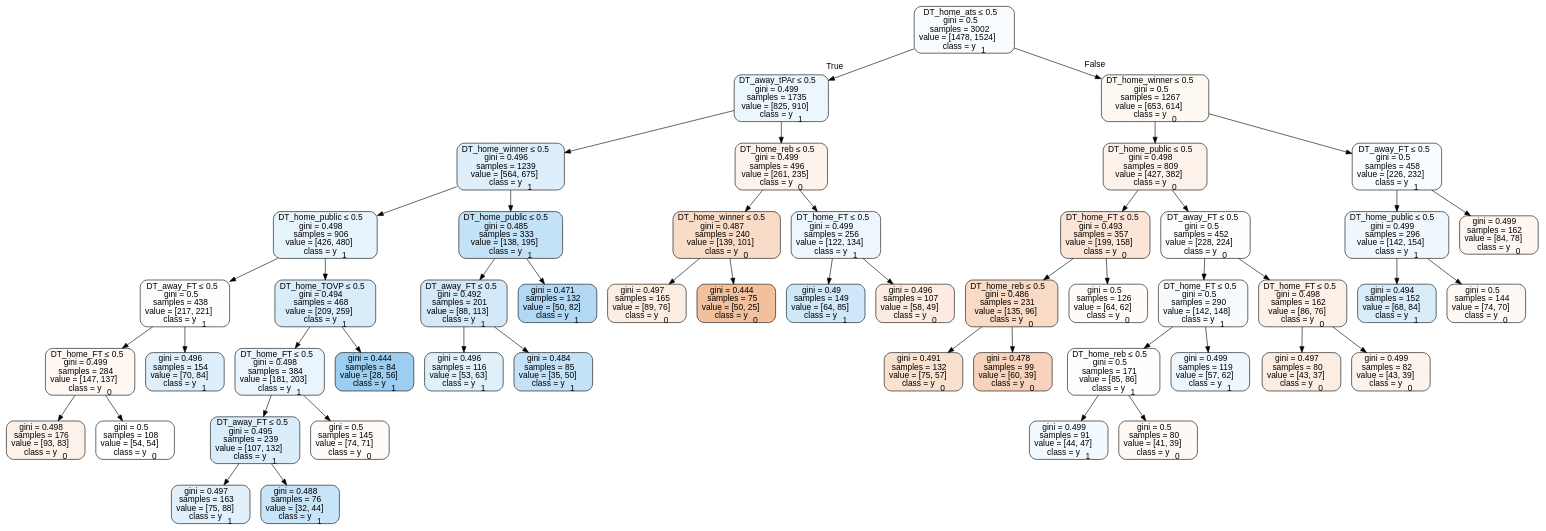
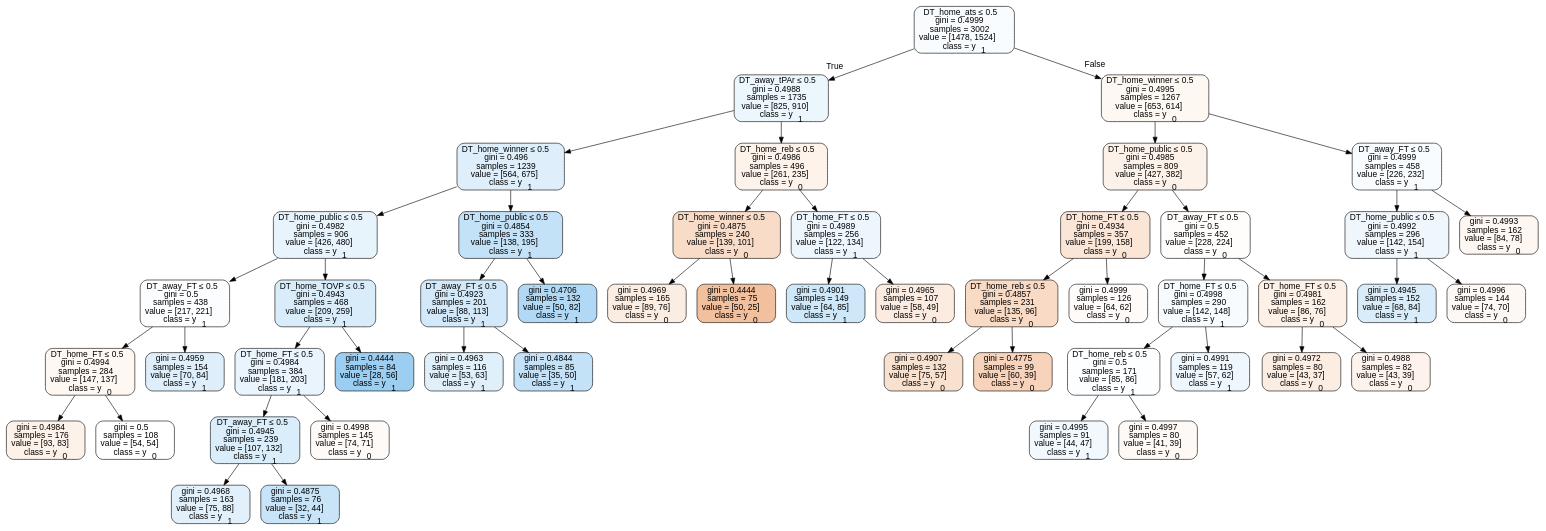
One commit to usbogie/ncaa-bets changed the diagram in Basketball/data/trees/treeneutral.dot. Above: the diagram before and after it, drawn with Graphviz. The commit also changed 54 other files, not shown here.

```diff
--- a/Basketball/data/trees/treeneutral.dot
+++ b/Basketball/data/trees/treeneutral.dot
@@ -1,101 +1,101 @@
 digraph Tree {
 node [shape=box, style="filled, rounded", color="black", fontname=helvetica] ;
 edge [fontname=helvetica] ;
-0 [label=<DT_home_ats &le; 0.5<br/>gini = 0.5<br/>samples = 3002<br/>value = [1478, 1524]<br/>class = y<SUB>1</SUB>>, fillcolor="#399de508"] ;
-1 [label=<DT_away_tPAr &le; 0.5<br/>gini = 0.499<br/>samples = 1735<br/>value = [825, 910]<br/>class = y<SUB>1</SUB>>, fillcolor="#399de518"] ;
+0 [label=<DT_home_ats &le; 0.5<br/>gini = 0.4999<br/>samples = 3002<br/>value = [1478, 1524]<br/>class = y<SUB>1</SUB>>, fillcolor="#399de508"] ;
+1 [label=<DT_away_tPAr &le; 0.5<br/>gini = 0.4988<br/>samples = 1735<br/>value = [825, 910]<br/>class = y<SUB>1</SUB>>, fillcolor="#399de518"] ;
 0 -> 1 [labeldistance=2.5, labelangle=45, headlabel="True"] ;
 2 [label=<DT_home_winner &le; 0.5<br/>gini = 0.496<br/>samples = 1239<br/>value = [564, 675]<br/>class = y<SUB>1</SUB>>, fillcolor="#399de52a"] ;
 1 -> 2 ;
-3 [label=<DT_home_public &le; 0.5<br/>gini = 0.498<br/>samples = 906<br/>value = [426, 480]<br/>class = y<SUB>1</SUB>>, fillcolor="#399de51d"] ;
+3 [label=<DT_home_public &le; 0.5<br/>gini = 0.4982<br/>samples = 906<br/>value = [426, 480]<br/>class = y<SUB>1</SUB>>, fillcolor="#399de51d"] ;
 2 -> 3 ;
 4 [label=<DT_away_FT &le; 0.5<br/>gini = 0.5<br/>samples = 438<br/>value = [217, 221]<br/>class = y<SUB>1</SUB>>, fillcolor="#399de505"] ;
 3 -> 4 ;
-5 [label=<DT_home_FT &le; 0.5<br/>gini = 0.499<br/>samples = 284<br/>value = [147, 137]<br/>class = y<SUB>0</SUB>>, fillcolor="#e5813911"] ;
+5 [label=<DT_home_FT &le; 0.5<br/>gini = 0.4994<br/>samples = 284<br/>value = [147, 137]<br/>class = y<SUB>0</SUB>>, fillcolor="#e5813911"] ;
 4 -> 5 ;
-6 [label=<gini = 0.498<br/>samples = 176<br/>value = [93, 83]<br/>class = y<SUB>0</SUB>>, fillcolor="#e581391b"] ;
+6 [label=<gini = 0.4984<br/>samples = 176<br/>value = [93, 83]<br/>class = y<SUB>0</SUB>>, fillcolor="#e581391b"] ;
 5 -> 6 ;
 7 [label=<gini = 0.5<br/>samples = 108<br/>value = [54, 54]<br/>class = y<SUB>0</SUB>>, fillcolor="#e5813900"] ;
 5 -> 7 ;
-8 [label=<gini = 0.496<br/>samples = 154<br/>value = [70, 84]<br/>class = y<SUB>1</SUB>>, fillcolor="#399de52a"] ;
+8 [label=<gini = 0.4959<br/>samples = 154<br/>value = [70, 84]<br/>class = y<SUB>1</SUB>>, fillcolor="#399de52a"] ;
 4 -> 8 ;
-9 [label=<DT_home_TOVP &le; 0.5<br/>gini = 0.494<br/>samples = 468<br/>value = [209, 259]<br/>class = y<SUB>1</SUB>>, fillcolor="#399de531"] ;
+9 [label=<DT_home_TOVP &le; 0.5<br/>gini = 0.4943<br/>samples = 468<br/>value = [209, 259]<br/>class = y<SUB>1</SUB>>, fillcolor="#399de531"] ;
 3 -> 9 ;
-10 [label=<DT_home_FT &le; 0.5<br/>gini = 0.498<br/>samples = 384<br/>value = [181, 203]<br/>class = y<SUB>1</SUB>>, fillcolor="#399de51c"] ;
+10 [label=<DT_home_FT &le; 0.5<br/>gini = 0.4984<br/>samples = 384<br/>value = [181, 203]<br/>class = y<SUB>1</SUB>>, fillcolor="#399de51c"] ;
 9 -> 10 ;
-11 [label=<DT_away_FT &le; 0.5<br/>gini = 0.495<br/>samples = 239<br/>value = [107, 132]<br/>class = y<SUB>1</SUB>>, fillcolor="#399de530"] ;
+11 [label=<DT_away_FT &le; 0.5<br/>gini = 0.4945<br/>samples = 239<br/>value = [107, 132]<br/>class = y<SUB>1</SUB>>, fillcolor="#399de530"] ;
 10 -> 11 ;
-12 [label=<gini = 0.497<br/>samples = 163<br/>value = [75, 88]<br/>class = y<SUB>1</SUB>>, fillcolor="#399de526"] ;
+12 [label=<gini = 0.4968<br/>samples = 163<br/>value = [75, 88]<br/>class = y<SUB>1</SUB>>, fillcolor="#399de526"] ;
 11 -> 12 ;
-13 [label=<gini = 0.488<br/>samples = 76<br/>value = [32, 44]<br/>class = y<SUB>1</SUB>>, fillcolor="#399de546"] ;
+13 [label=<gini = 0.4875<br/>samples = 76<br/>value = [32, 44]<br/>class = y<SUB>1</SUB>>, fillcolor="#399de546"] ;
 11 -> 13 ;
-14 [label=<gini = 0.5<br/>samples = 145<br/>value = [74, 71]<br/>class = y<SUB>0</SUB>>, fillcolor="#e581390a"] ;
+14 [label=<gini = 0.4998<br/>samples = 145<br/>value = [74, 71]<br/>class = y<SUB>0</SUB>>, fillcolor="#e581390a"] ;
 10 -> 14 ;
-15 [label=<gini = 0.444<br/>samples = 84<br/>value = [28, 56]<br/>class = y<SUB>1</SUB>>, fillcolor="#399de57f"] ;
+15 [label=<gini = 0.4444<br/>samples = 84<br/>value = [28, 56]<br/>class = y<SUB>1</SUB>>, fillcolor="#399de57f"] ;
 9 -> 15 ;
-16 [label=<DT_home_public &le; 0.5<br/>gini = 0.485<br/>samples = 333<br/>value = [138, 195]<br/>class = y<SUB>1</SUB>>, fillcolor="#399de54b"] ;
+16 [label=<DT_home_public &le; 0.5<br/>gini = 0.4854<br/>samples = 333<br/>value = [138, 195]<br/>class = y<SUB>1</SUB>>, fillcolor="#399de54b"] ;
 2 -> 16 ;
-17 [label=<DT_away_FT &le; 0.5<br/>gini = 0.492<br/>samples = 201<br/>value = [88, 113]<br/>class = y<SUB>1</SUB>>, fillcolor="#399de538"] ;
+17 [label=<DT_away_FT &le; 0.5<br/>gini = 0.4923<br/>samples = 201<br/>value = [88, 113]<br/>class = y<SUB>1</SUB>>, fillcolor="#399de538"] ;
 16 -> 17 ;
-18 [label=<gini = 0.496<br/>samples = 116<br/>value = [53, 63]<br/>class = y<SUB>1</SUB>>, fillcolor="#399de528"] ;
+18 [label=<gini = 0.4963<br/>samples = 116<br/>value = [53, 63]<br/>class = y<SUB>1</SUB>>, fillcolor="#399de528"] ;
 17 -> 18 ;
-19 [label=<gini = 0.484<br/>samples = 85<br/>value = [35, 50]<br/>class = y<SUB>1</SUB>>, fillcolor="#399de54d"] ;
+19 [label=<gini = 0.4844<br/>samples = 85<br/>value = [35, 50]<br/>class = y<SUB>1</SUB>>, fillcolor="#399de54d"] ;
 17 -> 19 ;
-20 [label=<gini = 0.471<br/>samples = 132<br/>value = [50, 82]<br/>class = y<SUB>1</SUB>>, fillcolor="#399de564"] ;
+20 [label=<gini = 0.4706<br/>samples = 132<br/>value = [50, 82]<br/>class = y<SUB>1</SUB>>, fillcolor="#399de564"] ;
 16 -> 20 ;
-21 [label=<DT_home_reb &le; 0.5<br/>gini = 0.499<br/>samples = 496<br/>value = [261, 235]<br/>class = y<SUB>0</SUB>>, fillcolor="#e5813919"] ;
+21 [label=<DT_home_reb &le; 0.5<br/>gini = 0.4986<br/>samples = 496<br/>value = [261, 235]<br/>class = y<SUB>0</SUB>>, fillcolor="#e5813919"] ;
 1 -> 21 ;
-22 [label=<DT_home_winner &le; 0.5<br/>gini = 0.487<br/>samples = 240<br/>value = [139, 101]<br/>class = y<SUB>0</SUB>>, fillcolor="#e5813946"] ;
+22 [label=<DT_home_winner &le; 0.5<br/>gini = 0.4875<br/>samples = 240<br/>value = [139, 101]<br/>class = y<SUB>0</SUB>>, fillcolor="#e5813946"] ;
 21 -> 22 ;
-23 [label=<gini = 0.497<br/>samples = 165<br/>value = [89, 76]<br/>class = y<SUB>0</SUB>>, fillcolor="#e5813925"] ;
+23 [label=<gini = 0.4969<br/>samples = 165<br/>value = [89, 76]<br/>class = y<SUB>0</SUB>>, fillcolor="#e5813925"] ;
 22 -> 23 ;
-24 [label=<gini = 0.444<br/>samples = 75<br/>value = [50, 25]<br/>class = y<SUB>0</SUB>>, fillcolor="#e581397f"] ;
+24 [label=<gini = 0.4444<br/>samples = 75<br/>value = [50, 25]<br/>class = y<SUB>0</SUB>>, fillcolor="#e581397f"] ;
 22 -> 24 ;
-25 [label=<DT_home_FT &le; 0.5<br/>gini = 0.499<br/>samples = 256<br/>value = [122, 134]<br/>class = y<SUB>1</SUB>>, fillcolor="#399de517"] ;
+25 [label=<DT_home_FT &le; 0.5<br/>gini = 0.4989<br/>samples = 256<br/>value = [122, 134]<br/>class = y<SUB>1</SUB>>, fillcolor="#399de517"] ;
 21 -> 25 ;
-26 [label=<gini = 0.49<br/>samples = 149<br/>value = [64, 85]<br/>class = y<SUB>1</SUB>>, fillcolor="#399de53f"] ;
+26 [label=<gini = 0.4901<br/>samples = 149<br/>value = [64, 85]<br/>class = y<SUB>1</SUB>>, fillcolor="#399de53f"] ;
 25 -> 26 ;
-27 [label=<gini = 0.496<br/>samples = 107<br/>value = [58, 49]<br/>class = y<SUB>0</SUB>>, fillcolor="#e5813928"] ;
+27 [label=<gini = 0.4965<br/>samples = 107<br/>value = [58, 49]<br/>class = y<SUB>0</SUB>>, fillcolor="#e5813928"] ;
 25 -> 27 ;
-28 [label=<DT_home_winner &le; 0.5<br/>gini = 0.5<br/>samples = 1267<br/>value = [653, 614]<br/>class = y<SUB>0</SUB>>, fillcolor="#e581390f"] ;
+28 [label=<DT_home_winner &le; 0.5<br/>gini = 0.4995<br/>samples = 1267<br/>value = [653, 614]<br/>class = y<SUB>0</SUB>>, fillcolor="#e581390f"] ;
 0 -> 28 [labeldistance=2.5, labelangle=-45, headlabel="False"] ;
-29 [label=<DT_home_public &le; 0.5<br/>gini = 0.498<br/>samples = 809<br/>value = [427, 382]<br/>class = y<SUB>0</SUB>>, fillcolor="#e581391b"] ;
+29 [label=<DT_home_public &le; 0.5<br/>gini = 0.4985<br/>samples = 809<br/>value = [427, 382]<br/>class = y<SUB>0</SUB>>, fillcolor="#e581391b"] ;
 28 -> 29 ;
-30 [label=<DT_home_FT &le; 0.5<br/>gini = 0.493<br/>samples = 357<br/>value = [199, 158]<br/>class = y<SUB>0</SUB>>, fillcolor="#e5813935"] ;
+30 [label=<DT_home_FT &le; 0.5<br/>gini = 0.4934<br/>samples = 357<br/>value = [199, 158]<br/>class = y<SUB>0</SUB>>, fillcolor="#e5813935"] ;
 29 -> 30 ;
-31 [label=<DT_home_reb &le; 0.5<br/>gini = 0.486<br/>samples = 231<br/>value = [135, 96]<br/>class = y<SUB>0</SUB>>, fillcolor="#e581394a"] ;
+31 [label=<DT_home_reb &le; 0.5<br/>gini = 0.4857<br/>samples = 231<br/>value = [135, 96]<br/>class = y<SUB>0</SUB>>, fillcolor="#e581394a"] ;
 30 -> 31 ;
-32 [label=<gini = 0.491<br/>samples = 132<br/>value = [75, 57]<br/>class = y<SUB>0</SUB>>, fillcolor="#e581393d"] ;
+32 [label=<gini = 0.4907<br/>samples = 132<br/>value = [75, 57]<br/>class = y<SUB>0</SUB>>, fillcolor="#e581393d"] ;
 31 -> 32 ;
-33 [label=<gini = 0.478<br/>samples = 99<br/>value = [60, 39]<br/>class = y<SUB>0</SUB>>, fillcolor="#e5813959"] ;
+33 [label=<gini = 0.4775<br/>samples = 99<br/>value = [60, 39]<br/>class = y<SUB>0</SUB>>, fillcolor="#e5813959"] ;
 31 -> 33 ;
-34 [label=<gini = 0.5<br/>samples = 126<br/>value = [64, 62]<br/>class = y<SUB>0</SUB>>, fillcolor="#e5813908"] ;
+34 [label=<gini = 0.4999<br/>samples = 126<br/>value = [64, 62]<br/>class = y<SUB>0</SUB>>, fillcolor="#e5813908"] ;
 30 -> 34 ;
 35 [label=<DT_away_FT &le; 0.5<br/>gini = 0.5<br/>samples = 452<br/>value = [228, 224]<br/>class = y<SUB>0</SUB>>, fillcolor="#e5813904"] ;
 29 -> 35 ;
-36 [label=<DT_home_FT &le; 0.5<br/>gini = 0.5<br/>samples = 290<br/>value = [142, 148]<br/>class = y<SUB>1</SUB>>, fillcolor="#399de50a"] ;
+36 [label=<DT_home_FT &le; 0.5<br/>gini = 0.4998<br/>samples = 290<br/>value = [142, 148]<br/>class = y<SUB>1</SUB>>, fillcolor="#399de50a"] ;
 35 -> 36 ;
 37 [label=<DT_home_reb &le; 0.5<br/>gini = 0.5<br/>samples = 171<br/>value = [85, 86]<br/>class = y<SUB>1</SUB>>, fillcolor="#399de503"] ;
 36 -> 37 ;
-38 [label=<gini = 0.499<br/>samples = 91<br/>value = [44, 47]<br/>class = y<SUB>1</SUB>>, fillcolor="#399de510"] ;
+38 [label=<gini = 0.4995<br/>samples = 91<br/>value = [44, 47]<br/>class = y<SUB>1</SUB>>, fillcolor="#399de510"] ;
 37 -> 38 ;
-39 [label=<gini = 0.5<br/>samples = 80<br/>value = [41, 39]<br/>class = y<SUB>0</SUB>>, fillcolor="#e581390c"] ;
+39 [label=<gini = 0.4997<br/>samples = 80<br/>value = [41, 39]<br/>class = y<SUB>0</SUB>>, fillcolor="#e581390c"] ;
 37 -> 39 ;
-40 [label=<gini = 0.499<br/>samples = 119<br/>value = [57, 62]<br/>class = y<SUB>1</SUB>>, fillcolor="#399de515"] ;
+40 [label=<gini = 0.4991<br/>samples = 119<br/>value = [57, 62]<br/>class = y<SUB>1</SUB>>, fillcolor="#399de515"] ;
 36 -> 40 ;
-41 [label=<DT_home_FT &le; 0.5<br/>gini = 0.498<br/>samples = 162<br/>value = [86, 76]<br/>class = y<SUB>0</SUB>>, fillcolor="#e581391e"] ;
+41 [label=<DT_home_FT &le; 0.5<br/>gini = 0.4981<br/>samples = 162<br/>value = [86, 76]<br/>class = y<SUB>0</SUB>>, fillcolor="#e581391e"] ;
 35 -> 41 ;
-42 [label=<gini = 0.497<br/>samples = 80<br/>value = [43, 37]<br/>class = y<SUB>0</SUB>>, fillcolor="#e5813924"] ;
+42 [label=<gini = 0.4972<br/>samples = 80<br/>value = [43, 37]<br/>class = y<SUB>0</SUB>>, fillcolor="#e5813924"] ;
 41 -> 42 ;
-43 [label=<gini = 0.499<br/>samples = 82<br/>value = [43, 39]<br/>class = y<SUB>0</SUB>>, fillcolor="#e5813918"] ;
+43 [label=<gini = 0.4988<br/>samples = 82<br/>value = [43, 39]<br/>class = y<SUB>0</SUB>>, fillcolor="#e5813918"] ;
 41 -> 43 ;
-44 [label=<DT_away_FT &le; 0.5<br/>gini = 0.5<br/>samples = 458<br/>value = [226, 232]<br/>class = y<SUB>1</SUB>>, fillcolor="#399de507"] ;
+44 [label=<DT_away_FT &le; 0.5<br/>gini = 0.4999<br/>samples = 458<br/>value = [226, 232]<br/>class = y<SUB>1</SUB>>, fillcolor="#399de507"] ;
 28 -> 44 ;
-45 [label=<DT_home_public &le; 0.5<br/>gini = 0.499<br/>samples = 296<br/>value = [142, 154]<br/>class = y<SUB>1</SUB>>, fillcolor="#399de514"] ;
+45 [label=<DT_home_public &le; 0.5<br/>gini = 0.4992<br/>samples = 296<br/>value = [142, 154]<br/>class = y<SUB>1</SUB>>, fillcolor="#399de514"] ;
 44 -> 45 ;
-46 [label=<gini = 0.494<br/>samples = 152<br/>value = [68, 84]<br/>class = y<SUB>1</SUB>>, fillcolor="#399de531"] ;
+46 [label=<gini = 0.4945<br/>samples = 152<br/>value = [68, 84]<br/>class = y<SUB>1</SUB>>, fillcolor="#399de531"] ;
 45 -> 46 ;
-47 [label=<gini = 0.5<br/>samples = 144<br/>value = [74, 70]<br/>class = y<SUB>0</SUB>>, fillcolor="#e581390e"] ;
+47 [label=<gini = 0.4996<br/>samples = 144<br/>value = [74, 70]<br/>class = y<SUB>0</SUB>>, fillcolor="#e581390e"] ;
 45 -> 47 ;
-48 [label=<gini = 0.499<br/>samples = 162<br/>value = [84, 78]<br/>class = y<SUB>0</SUB>>, fillcolor="#e5813912"] ;
+48 [label=<gini = 0.4993<br/>samples = 162<br/>value = [84, 78]<br/>class = y<SUB>0</SUB>>, fillcolor="#e5813912"] ;
 44 -> 48 ;
 }
```
